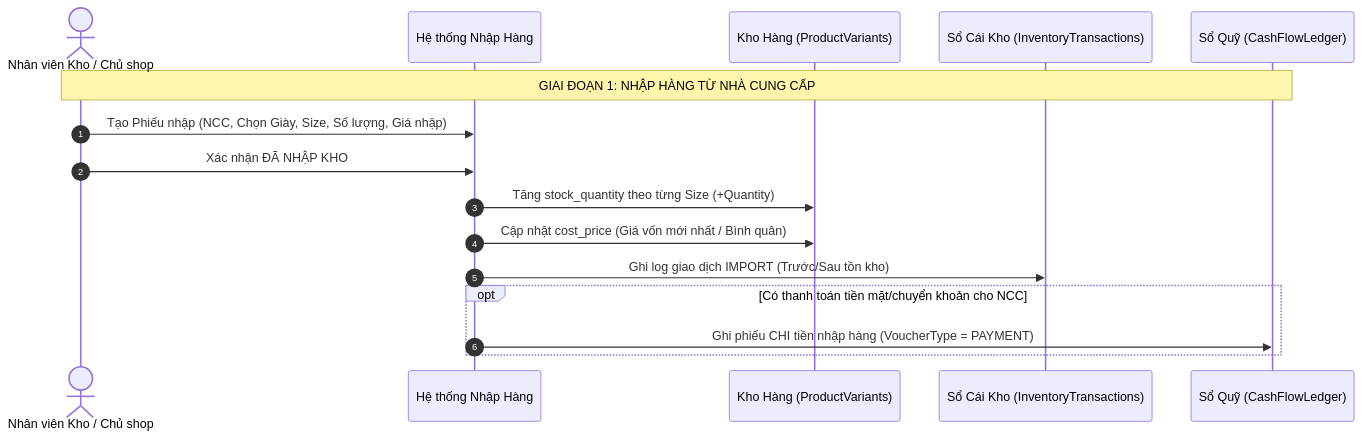
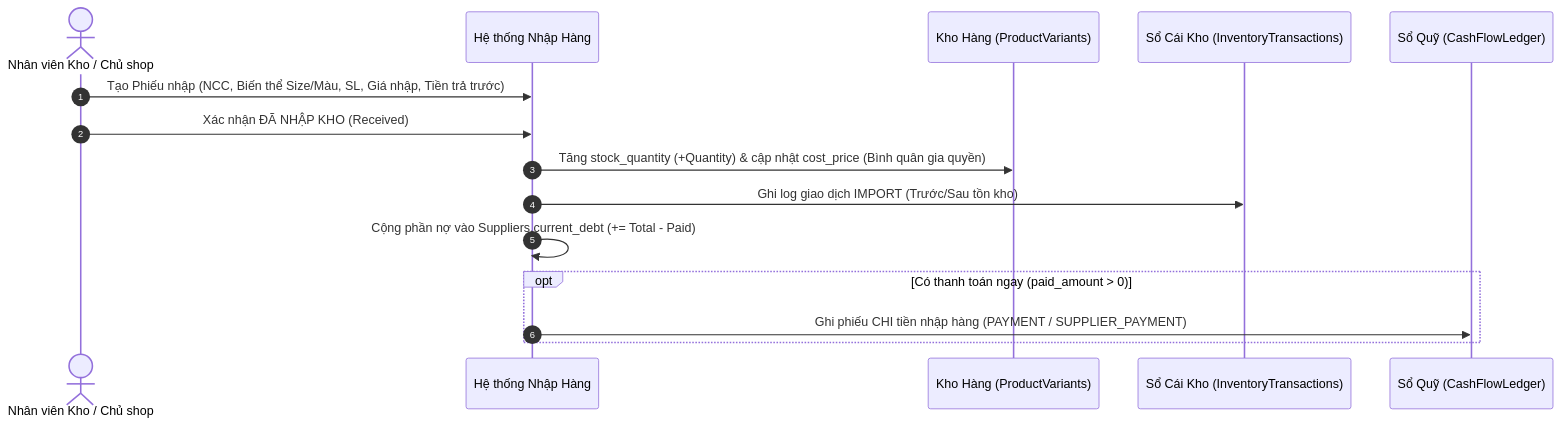
The first of 2 diagrams in docs/03_BUSINESS_PROCESS_SPECIFICATION.md (jtuongdang/web-giay-the-thao), drawn with Mermaid before and after one commit. The commit also changed other lines of this file and 4 other files, not shown here.

Commit message:
docs: standardize architecture, SQL Server schema, RMA, reservation & AI dispatch roadmap

````diff
--- a/docs/03_BUSINESS_PROCESS_SPECIFICATION.md
+++ b/docs/03_BUSINESS_PROCESS_SPECIFICATION.md
@@ -8,19 +8,18 @@
 ```mermaid
 sequenceDiagram
     autonumber
     actor NV as Nhân viên Kho / Chủ shop
     participant PO as Hệ thống Nhập Hàng
     participant Stock as Kho Hàng (ProductVariants)
     participant Ledger as Sổ Cái Kho (InventoryTransactions)
     participant Cash as Sổ Quỹ (CashFlowLedger)
 
-    Note over NV,Cash: GIAI ĐOẠN 1: NHẬP HÀNG TỪ NHÀ CUNG CẤP
-    NV->>PO: Tạo Phiếu nhập (NCC, Chọn Giày, Size, Số lượng, Giá nhập)
-    NV->>PO: Xác nhận ĐÃ NHẬP KHO
-    PO->>Stock: Tăng stock_quantity theo từng Size (+Quantity)
-    PO->>Stock: Cập nhật cost_price (Giá vốn mới nhất / Bình quân)
+    NV->>PO: Tạo Phiếu nhập (NCC, Biến thể Size/Màu, SL, Giá nhập, Tiền trả trước)
+    NV->>PO: Xác nhận ĐÃ NHẬP KHO (Received)
+    PO->>Stock: Tăng stock_quantity (+Quantity) & cập nhật cost_price (Bình quân gia quyền)
     PO->>Ledger: Ghi log giao dịch IMPORT (Trước/Sau tồn kho)
-    opt Có thanh toán tiền mặt/chuyển khoản cho NCC
-        PO->>Cash: Ghi phiếu CHI tiền nhập hàng (VoucherType = PAYMENT)
+    PO->>PO: Cộng phần nợ vào Suppliers.current_debt (+= Total - Paid)
+    opt Có thanh toán ngay (paid_amount > 0)
+        PO->>Cash: Ghi phiếu CHI tiền nhập hàng (PAYMENT / SUPPLIER_PAYMENT)
     end
 ```
````
